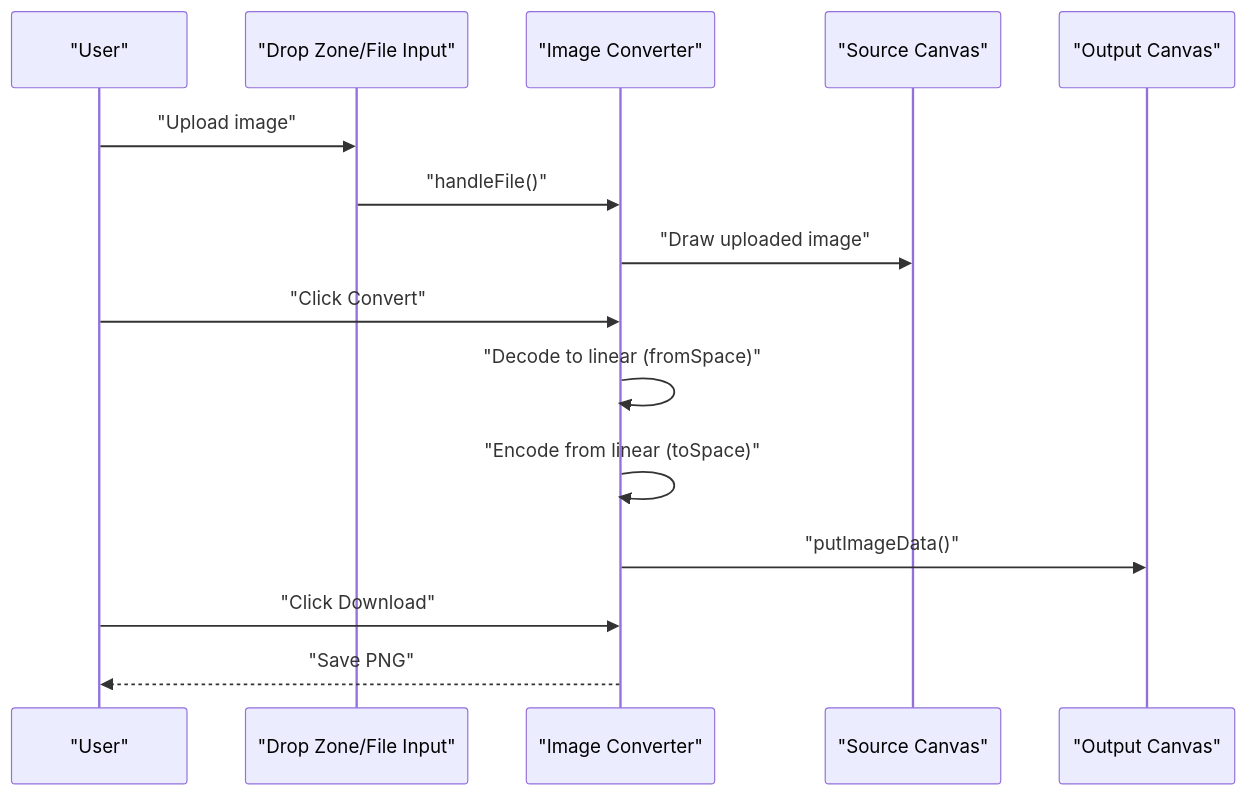
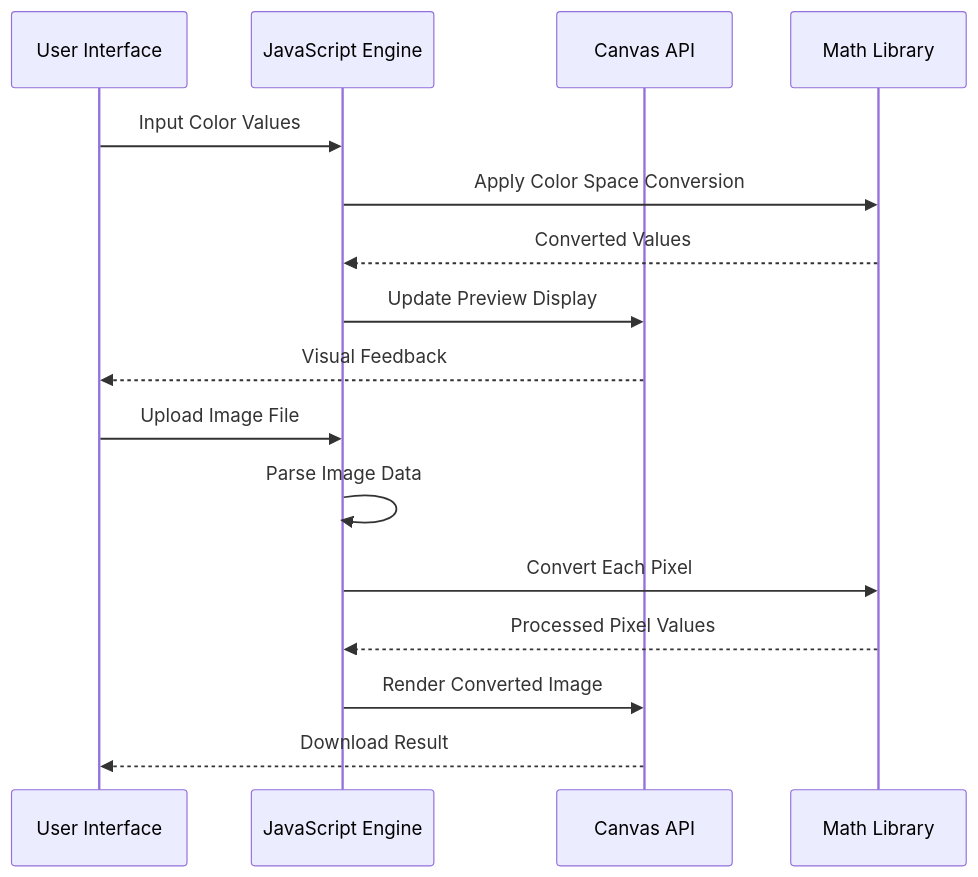
Before and after one commit to treasureGrove/TAWEBTOOL: the second of 6 diagrams in .qoder/repowiki/en/content/Technical Artist Utilities/Color Space Converter.md, drawn with Mermaid. The commit also changed other lines of this file and 30 other files, not shown here.

````diff
--- a/.qoder/repowiki/en/content/Technical Artist Utilities/Color Space Converter.md
+++ b/.qoder/repowiki/en/content/Technical Artist Utilities/Color Space Converter.md
@@ -256,17 +118,18 @@
 ```mermaid
 sequenceDiagram
-participant U as "User"
-participant Drop as "Drop Zone/File Input"
-participant JS as "Image Converter"
-participant Src as "Source Canvas"
-participant Out as "Output Canvas"
-U->>Drop : "Upload image"
-Drop->>JS : "handleFile()"
-JS->>Src : "Draw uploaded image"
-U->>JS : "Click Convert"
-JS->>JS : "Decode to linear (fromSpace)"
-JS->>JS : "Encode from linear (toSpace)"
-JS->>Out : "putImageData()"
-U->>JS : "Click Download"
-JS-->>U : "Save PNG"
+participant User as User Interface
+participant JS as JavaScript Engine
+participant Canvas as Canvas API
+participant Math as Math Library
+User->>JS : Input Color Values
+JS->>Math : Apply Color Space Conversion
+Math-->>JS : Converted Values
+JS->>Canvas : Update Preview Display
+Canvas-->>User : Visual Feedback
+User->>JS : Upload Image File
+JS->>JS : Parse Image Data
+JS->>Math : Convert Each Pixel
+Math-->>JS : Processed Pixel Values
+JS->>Canvas : Render Converted Image
+Canvas-->>User : Download Result
 ```
````
